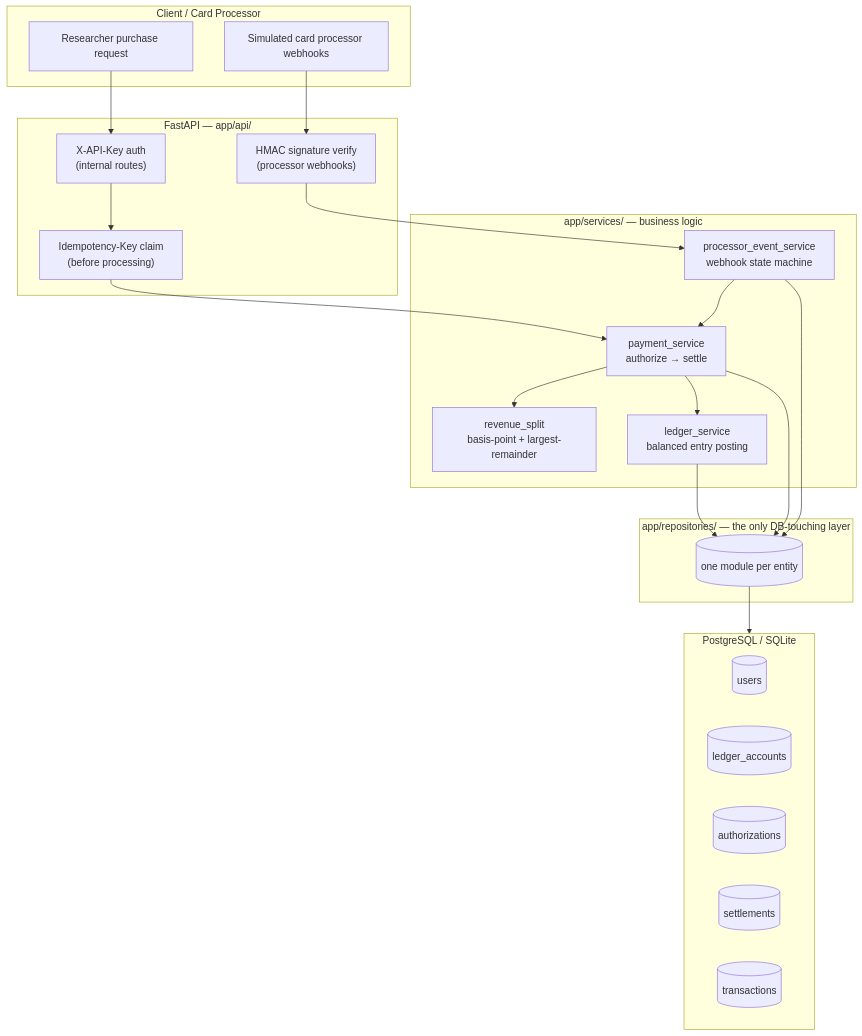
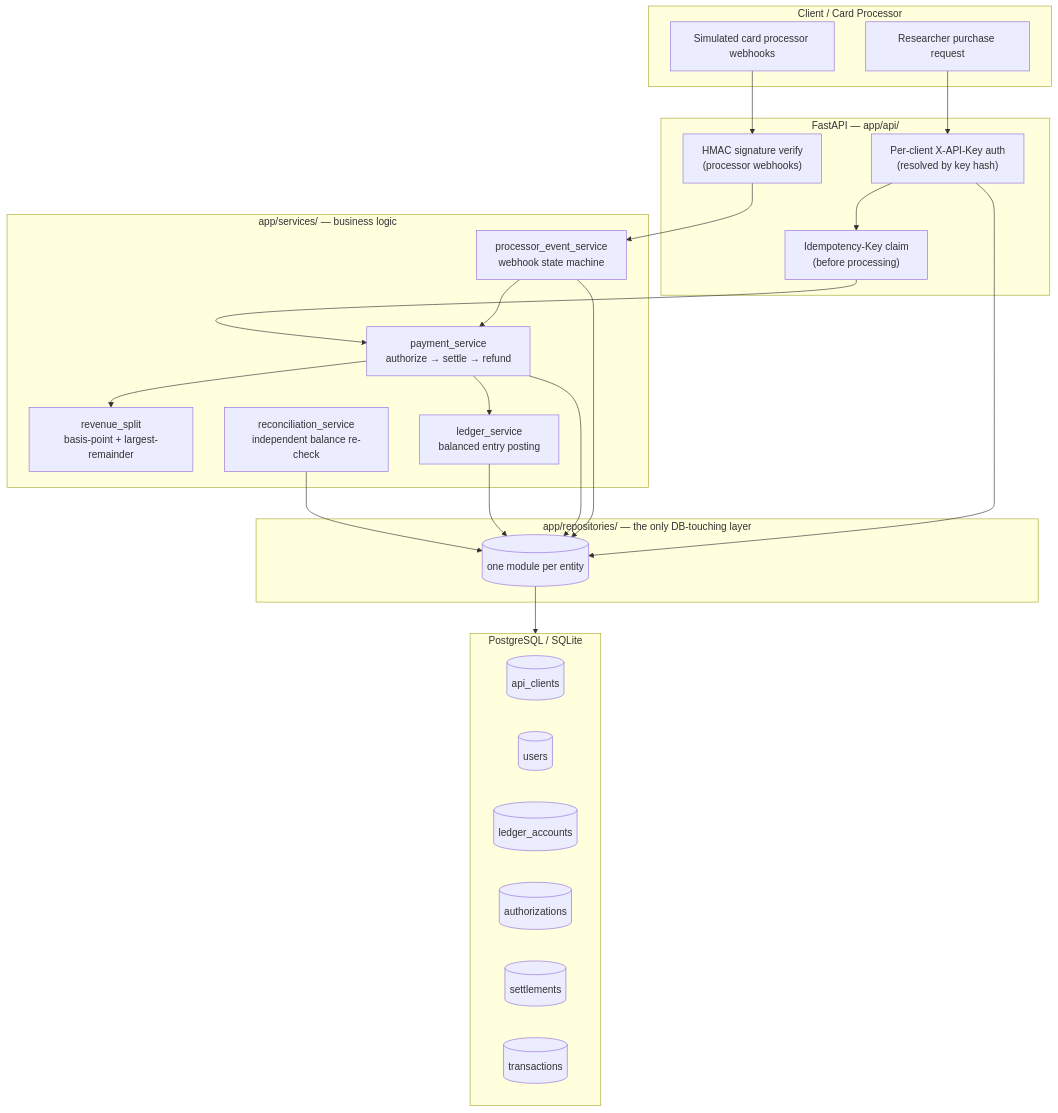
One commit to privlin-lgtm/genpay-api changed the first of 2 diagrams in README.md. Above: the diagram before and after it, drawn with Mermaid. The commit also changed other lines of this file, not shown here.

First line of the commit message:
Update README for reconciliation, refunds, and per-client auth

````diff
--- a/README.md
+++ b/README.md
@@ -54,41 +54,45 @@
 ```mermaid
 flowchart TB
     subgraph Client["Client / Card Processor"]
         C1[Researcher purchase request]
         C2[Simulated card processor webhooks]
     end
 
     subgraph API["FastAPI — app/api/"]
-        Auth["X-API-Key auth<br/>(internal routes)"]
+        Auth["Per-client X-API-Key auth<br/>(resolved by key hash)"]
         Sig["HMAC signature verify<br/>(processor webhooks)"]
         Idem["Idempotency-Key claim<br/>(before processing)"]
     end
 
     subgraph Services["app/services/ — business logic"]
-        Payment[payment_service<br/>authorize → settle]
+        Payment[payment_service<br/>authorize → settle → refund]
         Split[revenue_split<br/>basis-point + largest-remainder]
         Ledger[ledger_service<br/>balanced entry posting]
         Processor[processor_event_service<br/>webhook state machine]
+        Recon[reconciliation_service<br/>independent balance re-check]
     end
 
     subgraph Repos["app/repositories/ — the only DB-touching layer"]
         R1[(one module per entity)]
     end
 
     subgraph DB["PostgreSQL / SQLite"]
+        Clients[(api_clients)]
         Users[(users)]
         Ledger_T[(ledger_accounts)]
         Auth_T[(authorizations)]
         Settle_T[(settlements)]
         Txn[(transactions)]
     end
 
     C1 --> Auth --> Idem --> Payment
     C2 --> Sig --> Processor --> Payment
     Payment --> Split
     Payment --> Ledger
+    Recon --> R1
     Ledger --> R1
     Payment --> R1
     Processor --> R1
+    Auth --> R1
     R1 --> DB
 ```
````
